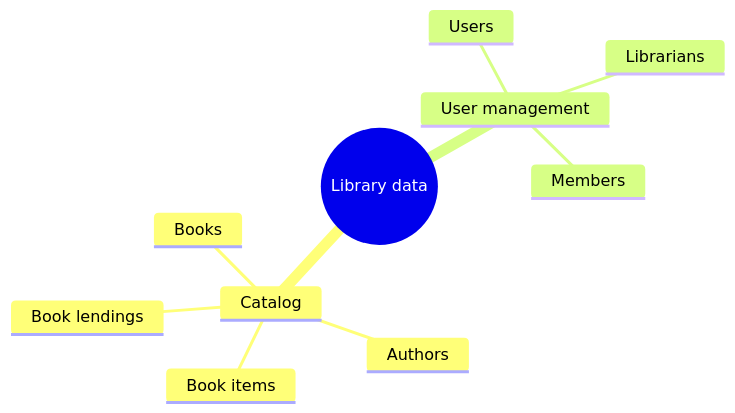
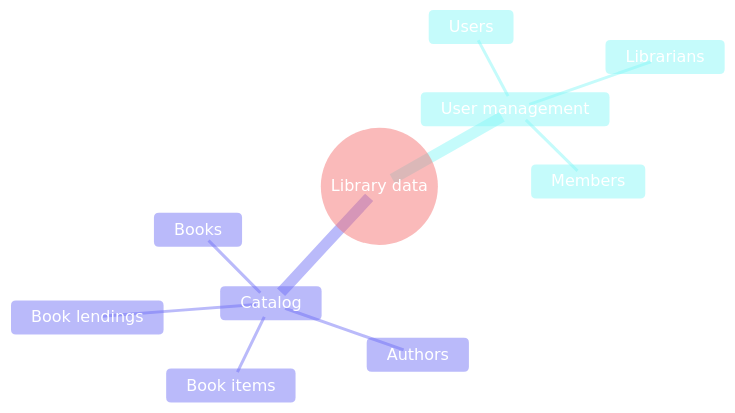
One commit to PatrickGIRY/Data-Oriented-Programming changed the first of 3 diagrams in chapter_3/README.md. Above: the diagram before and after it, drawn with Mermaid. The commit also changed other lines of this file, not shown here.

Commit message:
Update readme chapter 3 mindmap config

````diff
--- a/chapter_3/README.md
+++ b/chapter_3/README.md
@@ -7,13 +7,22 @@
 ```mermaid
+---
+config:
+  layout: tidy-tree
+  theme: 'base'
+  themeVariables:
+    primaryColor: '#fde3e377'
+    primaryTextColor: '#ffffff'
+    primaryBorderColor: '#7C00'
+---
 mindmap
 root((Library data))
     Catalog
         Books
         Authors
         Book items
         Book lendings
     User management
         Users
         Members
         Librarians
 ```
````
